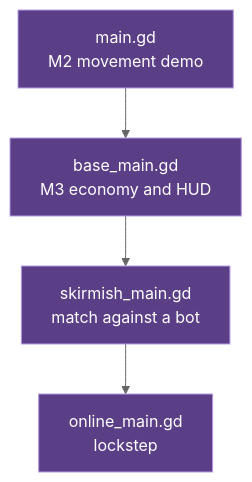
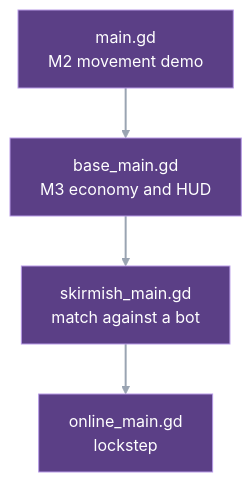
The third of 3 diagrams in docs/guide/01-big-picture.md (pdstuber/wargrid), drawn with Mermaid (neutral theme) before and after one commit. The commit also changed other lines of this file and 17 other files, not shown here.

````diff
--- a/docs/guide/01-big-picture.md
+++ b/docs/guide/01-big-picture.md
@@ -82,8 +80,9 @@
 ```mermaid
 flowchart TD
     main["main.gd<br/>M2 movement demo"] --> base["base_main.gd<br/>M3 economy and HUD"]
     base --> skirm["skirmish_main.gd<br/>match against a bot"]
     skirm --> online["online_main.gd<br/>lockstep"]
     classDef driver fill:#5b3f86,stroke:#b79ae6,color:#ffffff
     class main,base,skirm,online driver
+    linkStyle default stroke:#9aa4b2,stroke-width:2px
 ```
````
